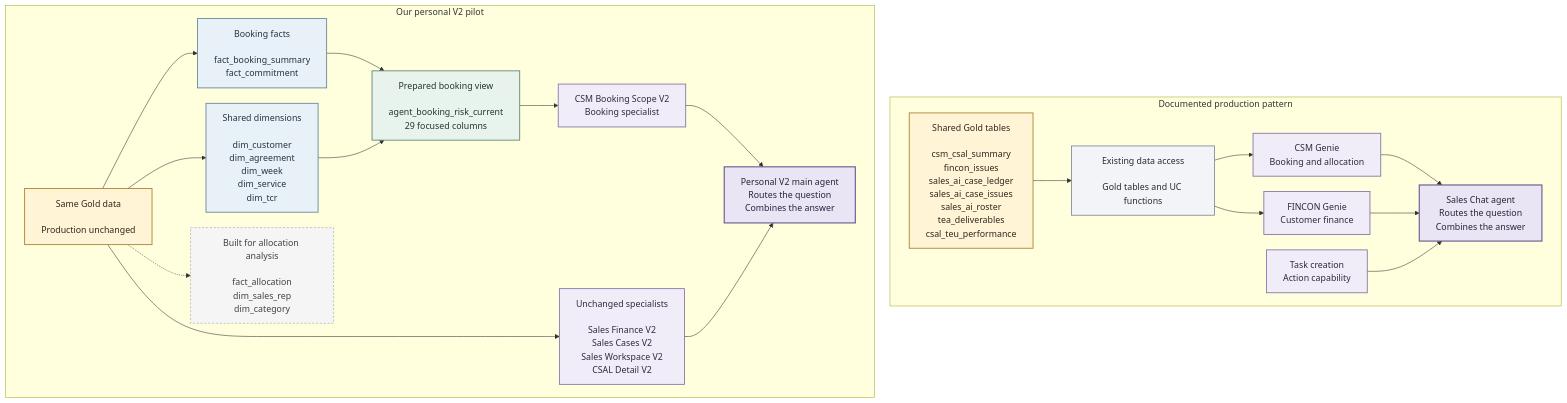
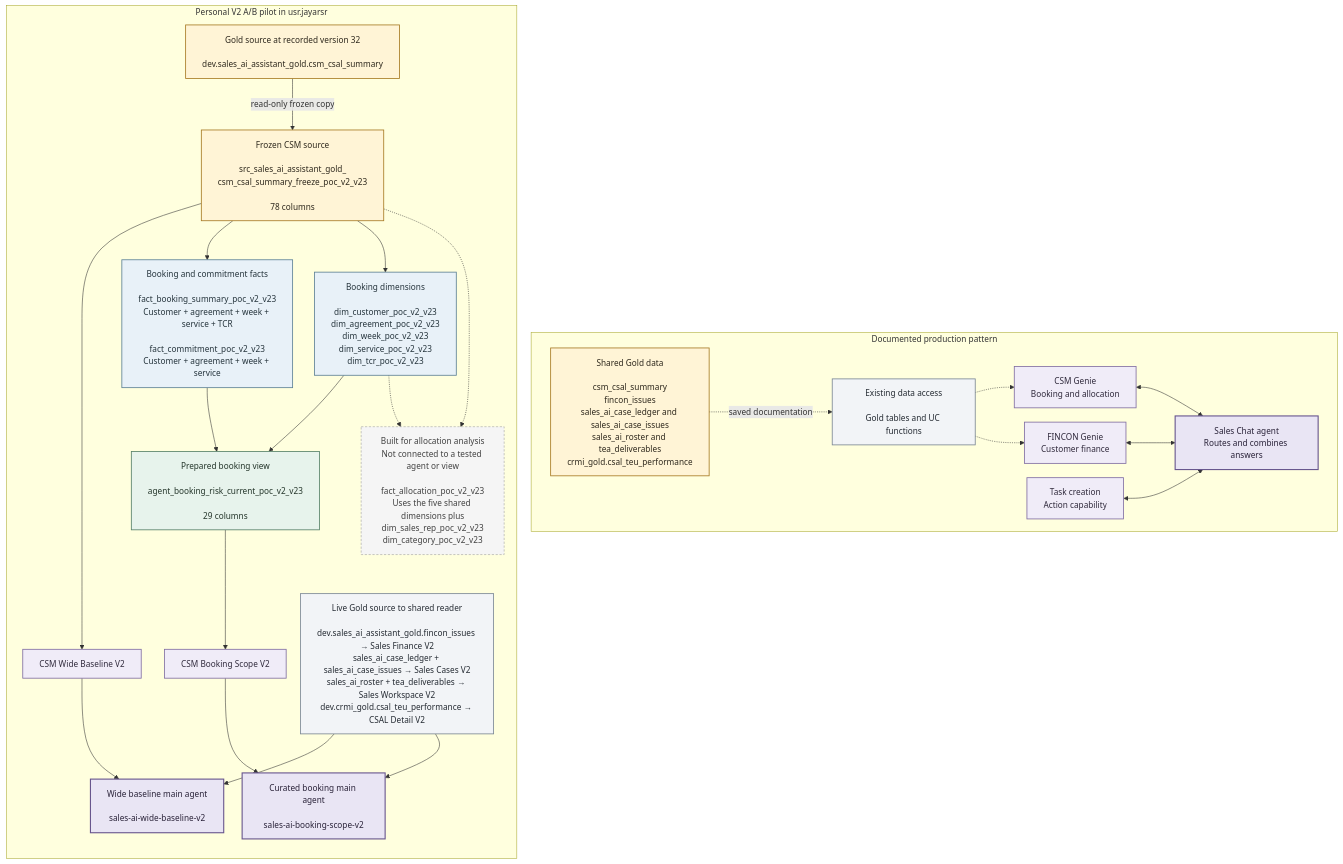
The diagram in csm-csal-v2-notebook/reports/csm-csal-before-and-current-v2-diagram.md (Mrnidhi/lallo), drawn with Mermaid before and after one commit. The commit also changed 1 other file, not shown here.

Commit message:
Add corrected CSM architecture diagram

````diff
--- a/csm-csal-v2-notebook/reports/csm-csal-before-and-current-v2-diagram.md
+++ b/csm-csal-v2-notebook/reports/csm-csal-before-and-current-v2-diagram.md
@@ -3,71 +3,80 @@
 ```mermaid
-%%{init: {"flowchart": {"useMaxWidth": true, "nodeSpacing": 28, "rankSpacing": 45}, "themeVariables": {"fontSize": "16px", "fontFamily": "Arial"}}}%%
+%%{init: {"flowchart": {"useMaxWidth": true, "nodeSpacing": 26, "rankSpacing": 46}, "themeVariables": {"fontSize": "15px", "fontFamily": "Arial"}}}%%
 flowchart TB
 
   subgraph PROD[Documented production pattern]
     direction LR
 
-    PG["Shared Gold tables<br/><br/>csm_csal_summary<br/>fincon_issues<br/>sales_ai_case_ledger<br/>sales_ai_case_issues<br/>sales_ai_roster<br/>tea_deliverables<br/>csal_teu_performance"]
-
+    PG["Shared Gold data<br/><br/>csm_csal_summary<br/>fincon_issues<br/>sales_ai_case_ledger and sales_ai_case_issues<br/>sales_ai_roster and tea_deliverables<br/>crmi_gold.csal_teu_performance"]
     PA["Existing data access<br/><br/>Gold tables and UC functions"]
-
     PC["CSM Genie<br/>Booking and allocation"]
     PF["FINCON Genie<br/>Customer finance"]
     PT["Task creation<br/>Action capability"]
+    PM["Sales Chat agent<br/>Routes and combines answers"]
 
-    PM["Sales Chat agent<br/>Routes the question<br/>Combines the answer"]
-
-    PG --> PA
-    PA --> PC
-    PA --> PF
-    PC --> PM
-    PF --> PM
-    PT --> PM
+    PG -. "saved documentation" .-> PA
+    PA -.-> PC
+    PA -.-> PF
+    PC <--> PM
+    PF <--> PM
+    PT <--> PM
   end
 
-  subgraph V2[Our personal V2 pilot]
-    direction LR
+  subgraph PILOT[Personal V2 A/B pilot in usr.jayarsr]
+    direction TB
 
-    VG["Same Gold data<br/><br/>Production unchanged"]
+    GS["Gold source at recorded version 32<br/><br/>dev.sales_ai_assistant_gold.csm_csal_summary"]
 
-    VF["Booking facts<br/><br/>fact_booking_summary<br/>fact_commitment"]
+    CS["Frozen CSM source<br/><br/>src_sales_ai_assistant_gold_<br/>csm_csal_summary_freeze_poc_v2_v23<br/><br/>78 columns"]
 
-    VD["Shared dimensions<br/><br/>dim_customer<br/>dim_agreement<br/>dim_week<br/>dim_service<br/>dim_tcr"]
+    BF["Booking and commitment facts<br/><br/>fact_booking_summary_poc_v2_v23<br/>Customer + agreement + week + service + TCR<br/><br/>fact_commitment_poc_v2_v23<br/>Customer + agreement + week + service"]
 
-    VV["Prepared booking view<br/><br/>agent_booking_risk_current<br/>29 focused columns"]
+    BD["Booking dimensions<br/><br/>dim_customer_poc_v2_v23<br/>dim_agreement_poc_v2_v23<br/>dim_week_poc_v2_v23<br/>dim_service_poc_v2_v23<br/>dim_tcr_poc_v2_v23"]
 
-    VC["CSM Booking Scope V2<br/>Booking specialist"]
+    BV["Prepared booking view<br/><br/>agent_booking_risk_current_poc_v2_v23<br/><br/>29 columns"]
 
-    VS["Unchanged specialists<br/><br/>Sales Finance V2<br/>Sales Cases V2<br/>Sales Workspace V2<br/>CSAL Detail V2"]
+    CW["CSM Wide Baseline V2"]
+    CB["CSM Booking Scope V2"]
 
-    VM["Personal V2 main agent<br/>Routes the question<br/>Combines the answer"]
+    MA["Wide baseline main agent<br/><br/>sales-ai-wide-baseline-v2"]
+    MB["Curated booking main agent<br/><br/>sales-ai-booking-scope-v2"]
 
-    VL["Built for allocation analysis<br/><br/>fact_allocation<br/>dim_sales_rep<br/>dim_category"]
+    SR["Live Gold source to shared reader<br/><br/>dev.sales_ai_assistant_gold.fincon_issues → Sales Finance V2<br/>sales_ai_case_ledger + sales_ai_case_issues → Sales Cases V2<br/>sales_ai_roster + tea_deliverables → Sales Workspace V2<br/>dev.crmi_gold.csal_teu_performance → CSAL Detail V2"]
 
-    VG --> VF
-    VG --> VD
-    VF --> VV
-    VD --> VV
-    VV --> VC
-    VC --> VM
-    VG --> VS
-    VS --> VM
-    VG -.-> VL
+    AL["Built for allocation analysis<br/>Not connected to a tested agent or view<br/><br/>fact_allocation_poc_v2_v23<br/>Uses the five shared dimensions plus<br/>dim_sales_rep_poc_v2_v23<br/>dim_category_poc_v2_v23"]
+
+    GS -->|read-only frozen copy| CS
+
+    CS --> CW
+    CW --> MA
+
+    CS --> BF
+    CS --> BD
+    BF --> BV
+    BD --> BV
+    BV --> CB
+    CB --> MB
+
+    SR --> MA
+    SR --> MB
+
+    CS -.-> AL
+    BD -.-> AL
   end
 
   classDef gold fill:#FFF4D6,stroke:#A77A24,color:#2E281D,stroke-width:1.5px
   classDef access fill:#F2F4F7,stroke:#7B8794,color:#252B33,stroke-width:1.5px
   classDef model fill:#E8F1F8,stroke:#5D8195,color:#25343C,stroke-width:1.5px
   classDef view fill:#E7F3EC,stroke:#568069,color:#24352A,stroke-width:1.5px
   classDef specialist fill:#F0ECF8,stroke:#806EA2,color:#302A3C,stroke-width:1.5px
   classDef main fill:#E9E5F4,stroke:#67558D,color:#292238,stroke-width:2px
   classDef later fill:#F5F5F5,stroke:#9B9B9B,color:#424242,stroke-width:1px,stroke-dasharray:4 3
 
-  class PG,VG gold
-  class PA access
-  class VF,VD model
-  class VV view
-  class PC,PF,PT,VC,VS specialist
-  class PM,VM main
-  class VL later
+  class PG,GS,CS gold
+  class PA,SR access
+  class BF,BD model
+  class BV view
+  class PC,PF,PT,CW,CB specialist
+  class PM,MA,MB main
+  class AL later
 ```
````
